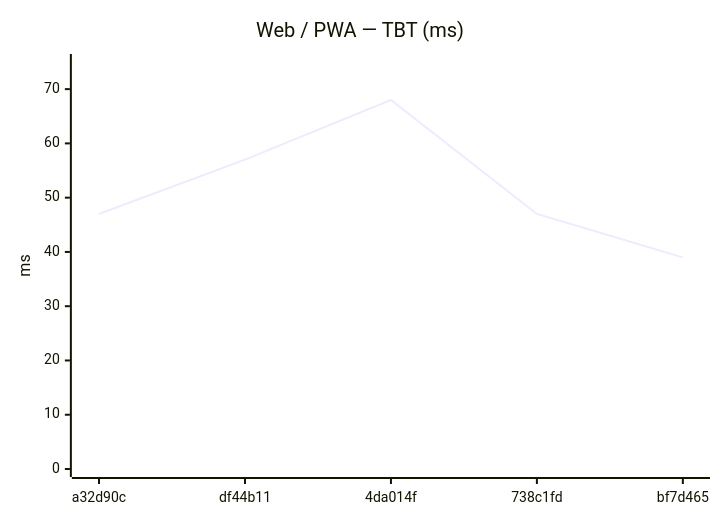
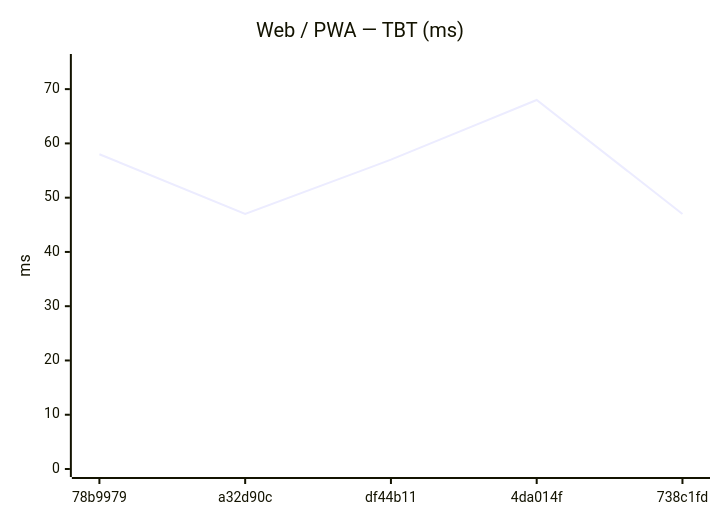
The tenth of 24 diagrams in benchmarks/compare.md (Metaheurist/Rianell), drawn with Mermaid before and after one commit. The commit also changed other lines of this file and 12 other files, not shown here.

````diff
--- a/benchmarks/compare.md
+++ b/benchmarks/compare.md
@@ -151,7 +151,7 @@
 ```mermaid
 xychart-beta
     title "Web / PWA — TBT (ms)"
-    x-axis ["a32d90c", "df44b11", "4da014f", "738c1fd", "bf7d465"]
+    x-axis ["78b9979", "a32d90c", "df44b11", "4da014f", "738c1fd"]
     y-axis "ms" 0 --> 75
-    line [47, 57, 68, 47, 39]
+    line [58, 47, 57, 68, 47]
 ```
````
